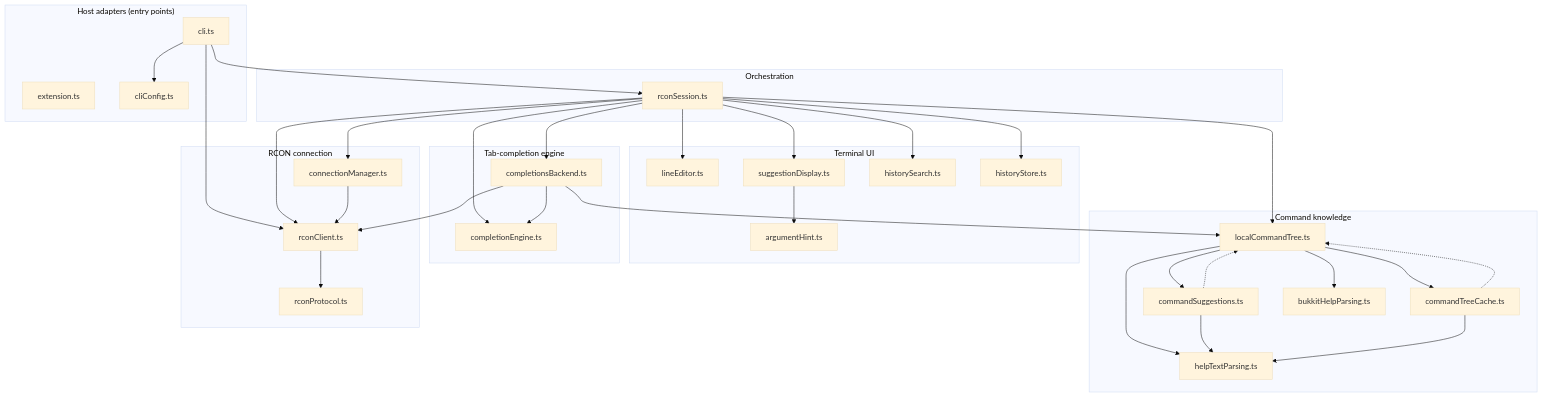
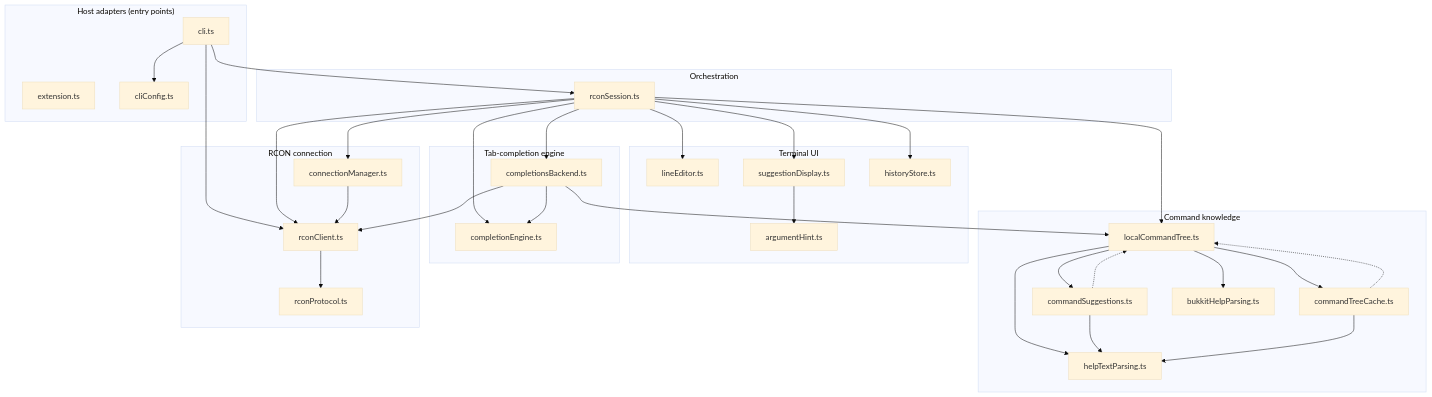
The diagram in docs/ARCHITECTURE.md (xton/minercon), drawn with Mermaid (base theme) before and after one commit. The commit also changed other lines of this file and 6 other files, not shown here.

First line of the commit message:
Simplify history storage to a plain text file; merge historySearch into historyStore

````diff
--- a/docs/ARCHITECTURE.md
+++ b/docs/ARCHITECTURE.md
@@ -86,71 +86,69 @@
 ```mermaid
 graph TD
     subgraph Adapters["Host adapters (entry points)"]
         extension[extension.ts]
         cli[cli.ts]
         cliConfig[cliConfig.ts]
     end
 
     subgraph Orchestration
         rconSession[rconSession.ts]
     end
 
     subgraph UI["Terminal UI"]
         lineEditor[lineEditor.ts]
         suggestionDisplay[suggestionDisplay.ts]
         argumentHint[argumentHint.ts]
-        historySearch[historySearch.ts]
         historyStore[historyStore.ts]
     end
 
     subgraph Completion["Tab-completion engine"]
         completionEngine[completionEngine.ts]
         completionsBackend[completionsBackend.ts]
     end
 
     subgraph Knowledge["Command knowledge"]
         localCommandTree[localCommandTree.ts]
         commandSuggestions[commandSuggestions.ts]
         commandTreeCache[commandTreeCache.ts]
         helpTextParsing[helpTextParsing.ts]
         bukkitHelpParsing[bukkitHelpParsing.ts]
     end
 
     subgraph Connection["RCON connection"]
         connectionManager[connectionManager.ts]
         rconClient[rconClient.ts]
         rconProtocol[rconProtocol.ts]
     end
 
     cli --> rconSession
     cli --> cliConfig
     cli --> rconClient
 
     rconSession --> connectionManager
     rconSession --> lineEditor
     rconSession --> suggestionDisplay
     rconSession --> completionEngine
     rconSession --> completionsBackend
     rconSession --> localCommandTree
-    rconSession --> historySearch
     rconSession --> historyStore
     rconSession --> rconClient
 
     suggestionDisplay --> argumentHint
 
     completionsBackend --> completionEngine
     completionsBackend --> localCommandTree
     completionsBackend --> rconClient
 
     localCommandTree --> commandSuggestions
     localCommandTree --> commandTreeCache
     localCommandTree --> helpTextParsing
     localCommandTree --> bukkitHelpParsing
     commandSuggestions -.-> localCommandTree
     commandTreeCache -.-> localCommandTree
     commandSuggestions --> helpTextParsing
     commandTreeCache --> helpTextParsing
 
     connectionManager --> rconClient
     rconClient --> rconProtocol
 ```
````
